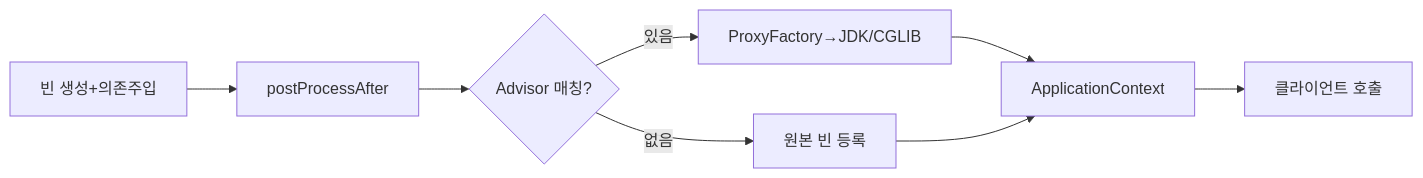
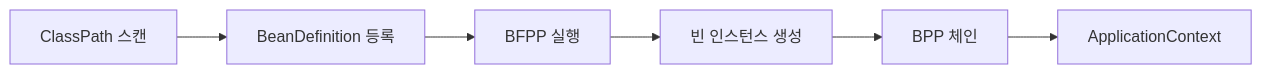
One commit to yjkim2015/yjkim2015.github.io changed the seventh of 7 diagrams in _posts/spring/2026-05-02-spring-core-advanced.md. Above: the diagram before and after it, drawn with Mermaid. The commit also changed other lines of this file and 4 other files, not shown here.

````diff
--- a/_posts/spring/2026-05-02-spring-core-advanced.md
+++ b/_posts/spring/2026-05-02-spring-core-advanced.md
@@ -676,10 +1693,8 @@
 ```mermaid
 graph LR
-    BEAN["빈 생성+의존주입"] --> BPP["postProcessAfter"]
-    BPP --> MATCH{"Advisor 매칭?"}
-    MATCH -->|"있음"| PF["ProxyFactory→JDK/CGLIB"]
-    MATCH -->|"없음"| ORIG["원본 빈 등록"]
-    PF --> CTX["ApplicationContext"]
-    ORIG --> CTX
-    CTX --> CLI["클라이언트 호출"]
+    A["ClassPath 스캔"] --> B["BeanDefinition 등록"]
+    B --> C["BFPP 실행"]
+    C --> D["빈 인스턴스 생성"]
+    D --> E["BPP 체인"]
+    E --> F["ApplicationContext"]
 ```
````
